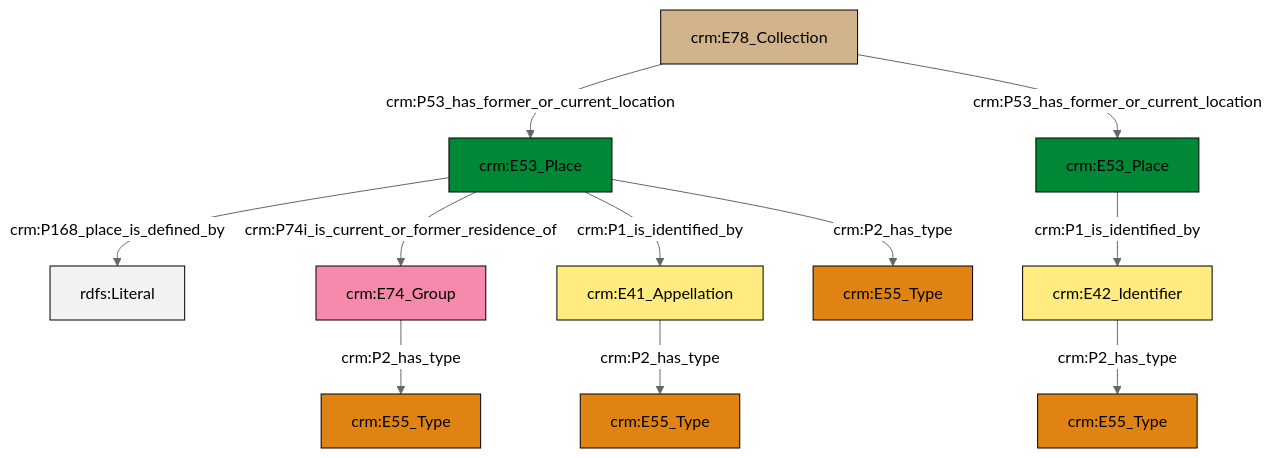
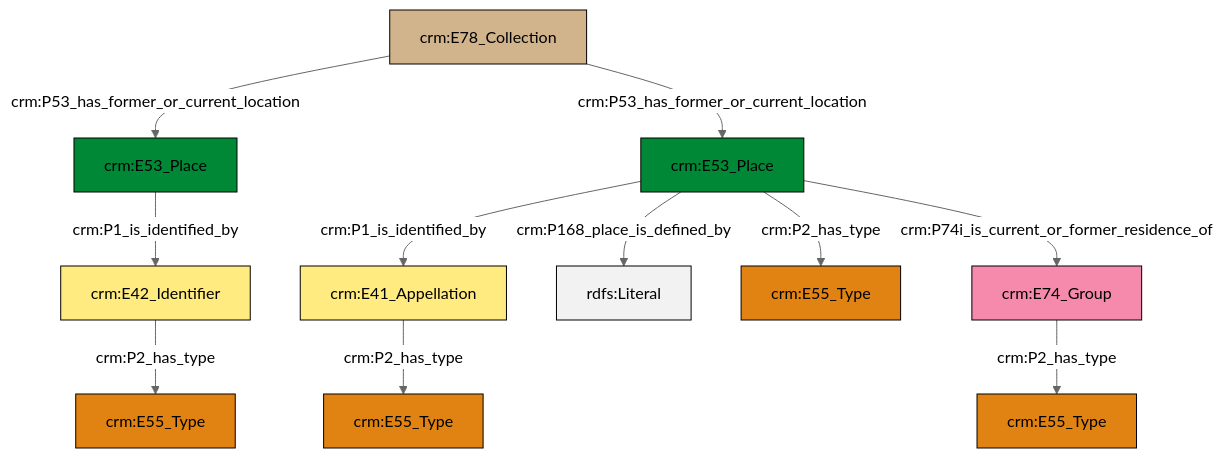
One commit to swiss-art-research-net/docs.swissartresearch changed the diagram in et/archivalCSV/ttl/mmd/archival_location.ttl.mmd. Above: the diagram before and after it, drawn with Mermaid (neutral theme). The commit also changed 211 other files, not shown here.

```diff
--- a/et/archivalCSV/ttl/mmd/archival_location.ttl.mmd
+++ b/et/archivalCSV/ttl/mmd/archival_location.ttl.mmd
@@ -1,25 +1,25 @@
 graph TD
 classDef Literal fill:#f2f2f2,stroke:#000000;
 classDef CRM_Entity fill:#FFFFFF,stroke:#000000;
 classDef Temporal_Entity fill:#00C9E6, stroke:#000000;
 classDef Type fill:#E18312, stroke:#000000;
 classDef Time-Span fill:#2C9C91, stroke:#000000;
 classDef Appellation fill:#FFEB7F, stroke:#000000;
 classDef Place fill:#008836, stroke:#000000;
 classDef Persistent_Item fill:#B266B2, stroke:#000000;
 classDef Conceptual_Object fill:#FFD700, stroke:#000000;
 classDef Physical_Thing fill:#D2B48C, stroke:#000000;
 classDef Actor fill:#f58aad, stroke:#000000;
 classDef PC_Classes fill:#4ce600, stroke:#000000;
 classDef Multi fill:#cccccc,stroke:#000000;
 
-0["crm:E53_Place"]:::Place -->|crm:P168_place_is_defined_by| 1[rdfs:Literal]:::Literal
-2["crm:E41_Appellation"]:::Appellation -->|crm:P2_has_type| 3["crm:E55_Type"]:::Type
-5["crm:E74_Group"]:::Actor -->|crm:P2_has_type| 6["crm:E55_Type"]:::Type
-0["crm:E53_Place"]:::Place -->|crm:P74i_is_current_or_former_residence_of| 5["crm:E74_Group"]:::Actor
-9["crm:E42_Identifier"]:::Appellation -->|crm:P2_has_type| 13["crm:E55_Type"]:::Type
-14["crm:E53_Place"]:::Place -->|crm:P1_is_identified_by| 9["crm:E42_Identifier"]:::Appellation
-17["crm:E78_Collection"]:::Physical_Thing -->|crm:P53_has_former_or_current_location| 0["crm:E53_Place"]:::Place
-0["crm:E53_Place"]:::Place -->|crm:P1_is_identified_by| 2["crm:E41_Appellation"]:::Appellation
-17["crm:E78_Collection"]:::Physical_Thing -->|crm:P53_has_former_or_current_location| 14["crm:E53_Place"]:::Place
-0["crm:E53_Place"]:::Place -->|crm:P2_has_type| 7["crm:E55_Type"]:::Type
+10["crm:E53_Place"]:::Place -->|crm:P1_is_identified_by| 11["crm:E41_Appellation"]:::Appellation
+13["crm:E53_Place"]:::Place -->|crm:P1_is_identified_by| 8["crm:E42_Identifier"]:::Appellation
+10["crm:E53_Place"]:::Place -->|crm:P168_place_is_defined_by| 14[rdfs:Literal]:::Literal
+10["crm:E53_Place"]:::Place -->|crm:P2_has_type| 4["crm:E55_Type"]:::Type
+16["crm:E78_Collection"]:::Physical_Thing -->|crm:P53_has_former_or_current_location| 13["crm:E53_Place"]:::Place
+6["crm:E74_Group"]:::Actor -->|crm:P2_has_type| 0["crm:E55_Type"]:::Type
+10["crm:E53_Place"]:::Place -->|crm:P74i_is_current_or_former_residence_of| 6["crm:E74_Group"]:::Actor
+11["crm:E41_Appellation"]:::Appellation -->|crm:P2_has_type| 2["crm:E55_Type"]:::Type
+16["crm:E78_Collection"]:::Physical_Thing -->|crm:P53_has_former_or_current_location| 10["crm:E53_Place"]:::Place
+8["crm:E42_Identifier"]:::Appellation -->|crm:P2_has_type| 19["crm:E55_Type"]:::Type
```
